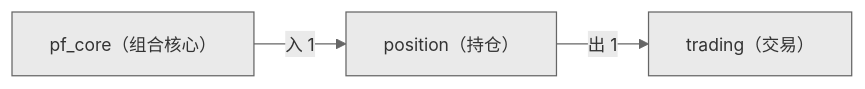
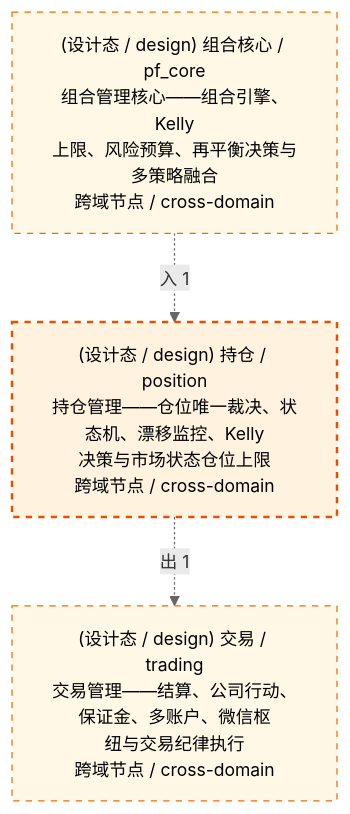
One commit to xuanFelixVan/ZephyrAlpha changed the third of 3 diagrams in docs/02_enterprise_architecture/06_decision_architecture/18_decision_l3_position.md. Above: the diagram before and after it, drawn with Mermaid. The commit also changed other lines of this file and 23 other files, not shown here.

First line of the commit message:
feat(decisiongraph): 决策流图生成器模板 V1.2 全面升级——严格三视图+四要素标签+classDef四色+HTML联动

````diff
--- a/docs/02_enterprise_architecture/06_decision_architecture/18_decision_l3_position.md
+++ b/docs/02_enterprise_architecture/06_decision_architecture/18_decision_l3_position.md
@@ -102,9 +229,15 @@
 ```mermaid
-%%{init: {'theme': 'base', 'themeVariables': {'primaryColor': '#eaeaea', 'primaryTextColor': '#333333', 'primaryBorderColor': '#666666', 'lineColor': '#666666', 'secondaryColor': '#eaeaea', 'tertiaryColor': '#eaeaea', 'fontSize': '14px'}}}%%
-flowchart LR
-    SELF["position（持仓）"]
-    EXT_trading["trading（交易）"]
-    SELF -->|出 1| EXT_trading
-    EXT_pf_core["pf_core（组合核心）"]
-    EXT_pf_core -->|入 1| SELF
+%%{init: {'theme': 'base', 'themeVariables': {'primaryColor': '#eaeaea', 'primaryTextColor': '#333333', 'primaryBorderColor': '#666666', 'lineColor': '#666666', 'secondaryColor': '#eaeaea', 'tertiaryColor': '#eaeaea', 'clusterBkg': 'transparent', 'clusterBorder': 'transparent', 'fontSize': '14px'}}}%%
+flowchart TD
+    SELF["(设计态 / design) 持仓 / position<br/>持仓管理——仓位唯一裁决、状态机、漂移监控、Kelly<br/>决策与市场状态仓位上限<br/>跨域节点 / cross-domain"]
+    EXT_trading["(设计态 / design) 交易 / trading<br/>交易管理——结算、公司行动、保证金、多账户、微信枢<br/>纽与交易纪律执行<br/>跨域节点 / cross-domain"]
+    SELF -.->|出 1| EXT_trading
+    EXT_pf_core["(设计态 / design) 组合核心 / pf_core<br/>组合管理核心——组合引擎、Kelly<br/>上限、风险预算、再平衡决策与多策略融合<br/>跨域节点 / cross-domain"]
+    EXT_pf_core -.->|入 1| SELF
+    classDef production fill:#e1f5fe,stroke:#01579b,stroke-width:2px,color:#000
+    classDef design fill:#fff3e0,stroke:#e65100,stroke-width:2px,color:#000,stroke-dasharray: 5 5
+    classDef external_prod fill:#e8f4fd,stroke:#0277bd,stroke-width:1px,color:#000
+    classDef external_design fill:#fff8e7,stroke:#ef6c00,stroke-width:1px,color:#000,stroke-dasharray: 5 5
+    class SELF design
+    class EXT_trading,EXT_pf_core external_design
 ```
````
